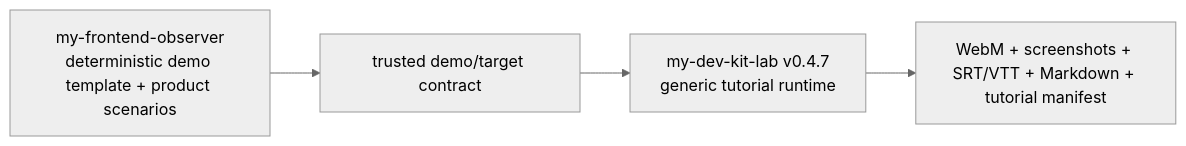
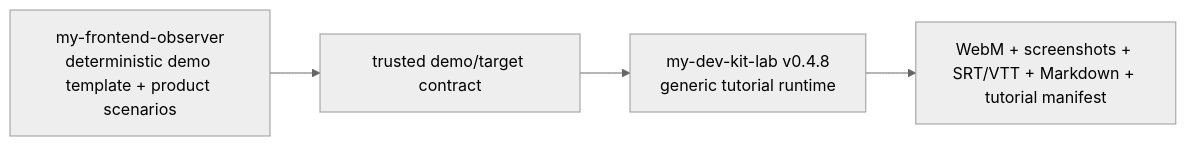
The seventh of 7 diagrams in docs/ARCHITECTURE.md (dailephd/my-dev-kit-lab), drawn with Mermaid (neutral theme) before and after one commit. The commit also changed other lines of this file and 10 other files, not shown here.

````diff
--- a/docs/ARCHITECTURE.md
+++ b/docs/ARCHITECTURE.md
@@ -393,6 +393,6 @@
 ```mermaid
 flowchart LR
   Observer[my-frontend-observer<br/>deterministic demo template + product scenarios] --> Contract[trusted demo/target contract]
-  Contract --> Lab[my-dev-kit-lab v0.4.7<br/>generic tutorial runtime]
+  Contract --> Lab[my-dev-kit-lab v0.4.8<br/>generic tutorial runtime]
   Lab --> Evidence[WebM + screenshots + SRT/VTT + Markdown + tutorial manifest]
 ```
````
